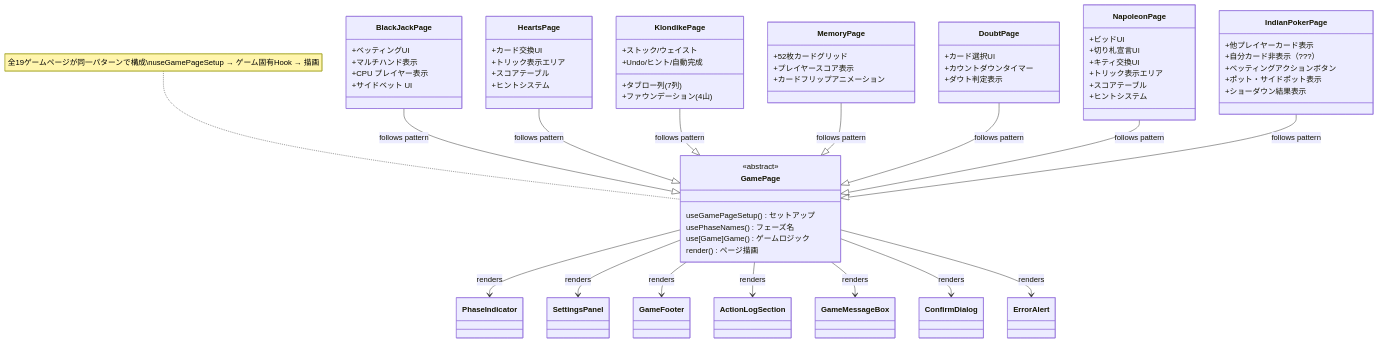
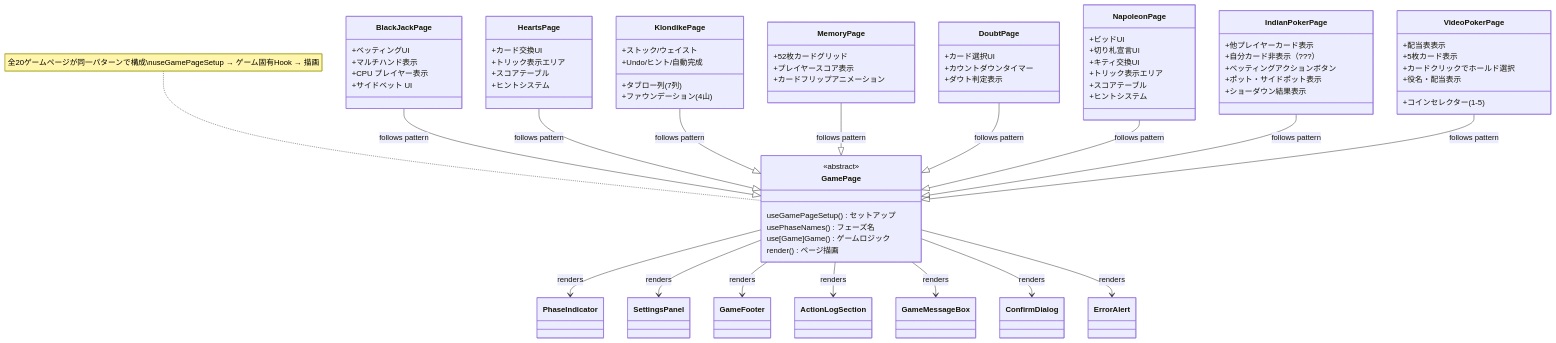
Before and after one commit to yuta-yoshinaga/go_trumpcards: the seventh of 18 diagrams in docs/design/frontend.md, drawn with Mermaid. The commit also changed other lines of this file and 50 other files, not shown here.

First line of the commit message:
feat: add Video Poker (Jacks or Better) game

````diff
--- a/docs/design/frontend.md
+++ b/docs/design/frontend.md
@@ -619,6 +627,14 @@
         +ショーダウン結果表示
     }
 
+    class VideoPokerPage {
+        +配当表表示
+        +コインセレクター (1-5)
+        +5枚カード表示
+        +カードクリックでホールド選択
+        +役名・配当表示
+    }
+
     BlackJackPage --|> GamePage : follows pattern
     HeartsPage --|> GamePage : follows pattern
     KlondikePage --|> GamePage : follows pattern
@@ -626,6 +642,7 @@
     DoubtPage --|> GamePage : follows pattern
     NapoleonPage --|> GamePage : follows pattern
     IndianPokerPage --|> GamePage : follows pattern
+    VideoPokerPage --|> GamePage : follows pattern
 
     GamePage --> PhaseIndicator : renders
     GamePage --> SettingsPanel : renders
@@ -635,5 +652,5 @@
     GamePage --> ConfirmDialog : renders
     GamePage --> ErrorAlert : renders
 
-    note for GamePage "全19ゲームページが同一パターンで構成\nuseGamePageSetup → ゲーム固有Hook → 描画"
+    note for GamePage "全20ゲームページが同一パターンで構成\nuseGamePageSetup → ゲーム固有Hook → 描画"
 ```
````
